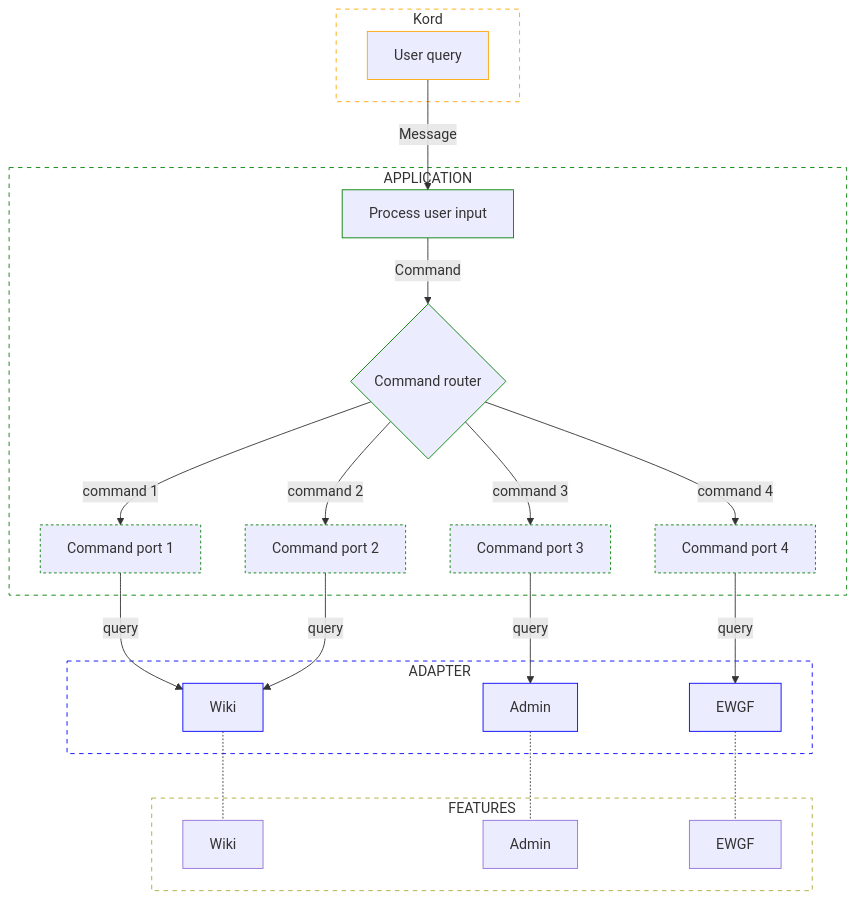
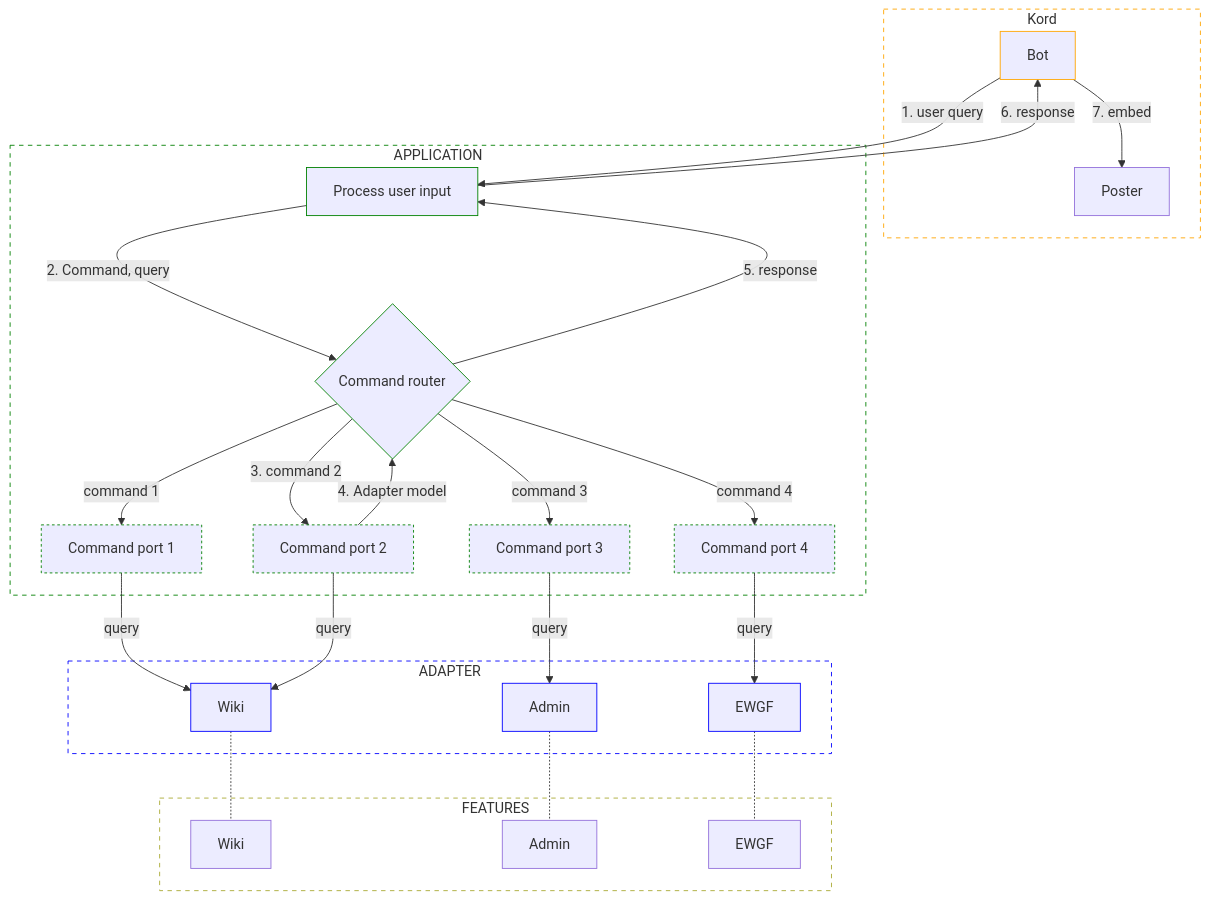
One commit to Sophon/FightingNerd changed the diagram in bot/discord/src/jvmMain/kotlin/io/github/sophon/discord/docs/UserInputFlow.mmd. Above: the diagram before and after it, drawn with Mermaid.

Commit message:
docs (discord): input flow graph update

```diff
--- a/bot/discord/src/jvmMain/kotlin/io/github/sophon/discord/docs/UserInputFlow.mmd
+++ b/bot/discord/src/jvmMain/kotlin/io/github/sophon/discord/docs/UserInputFlow.mmd
@@ -1,50 +1,55 @@
 flowchart TD
     subgraph Kord
-        user["User query"]
+        bot["Bot"]
+        poster["Poster"]
     end
 
     subgraph APPLICATION
         process["Process user input"]
         route{"Command router"}
         command_p1["Command port 1"]
         command_p2["Command port 2"]
         command_p3["Command port 3"]
         command_p4["Command port 4"]
     end
 
     subgraph ADAPTER
         wiki_adp["Wiki"]
         admin_adp["Admin"]
         ewgf_adp["EWGF"]
     end
 
     subgraph FEATURES
         wiki["Wiki"]
         admin["Admin"]
         ewgf["EWGF"]
     end
 
-    user -->|Message| process -->|Command| route
+    bot -->|"1. user query"| process -->|"2. Command, query"| route
     route -->|"command 1"| command_p1 -->|query| wiki_adp
-    route -->|"command 2"| command_p2 -->|query| wiki_adp
+    route -->|"3. command 2"| command_p2 -->|query| wiki_adp
     route -->|"command 3"| command_p3 -->|query| admin_adp
     route -->|"command 4"| command_p4 -->|query| ewgf_adp
+    command_p2 -->|"4. Adapter model"| route -->|"5. response"| process
+
+    process -->|"6. response"|bot -->|"7. embed"| poster
 
     wiki_adp -.- wiki
     admin_adp -.- admin
     ewgf_adp -.- ewgf
+
 
     style Kord stroke:orange,stroke-dasharray:5 5,fill:none
     style APPLICATION stroke:green,stroke-dasharray:5 5,fill:none
     style ADAPTER stroke:blue,stroke-dasharray:5 5,fill:none
     style FEATURES stroke-dasharray:5 5,fill:none
 
     classDef kord stroke:orange
     classDef application stroke:green
     classDef adapter stroke:blue
     classDef outboundPort stroke:green,stroke-dasharray:3 3
 
-    class user kord
+    class bot kord
     class process,route application
     class command_p1,command_p2,command_p3,command_p4 outboundPort
     class wiki_adp,admin_adp,ewgf_adp adapter
```
